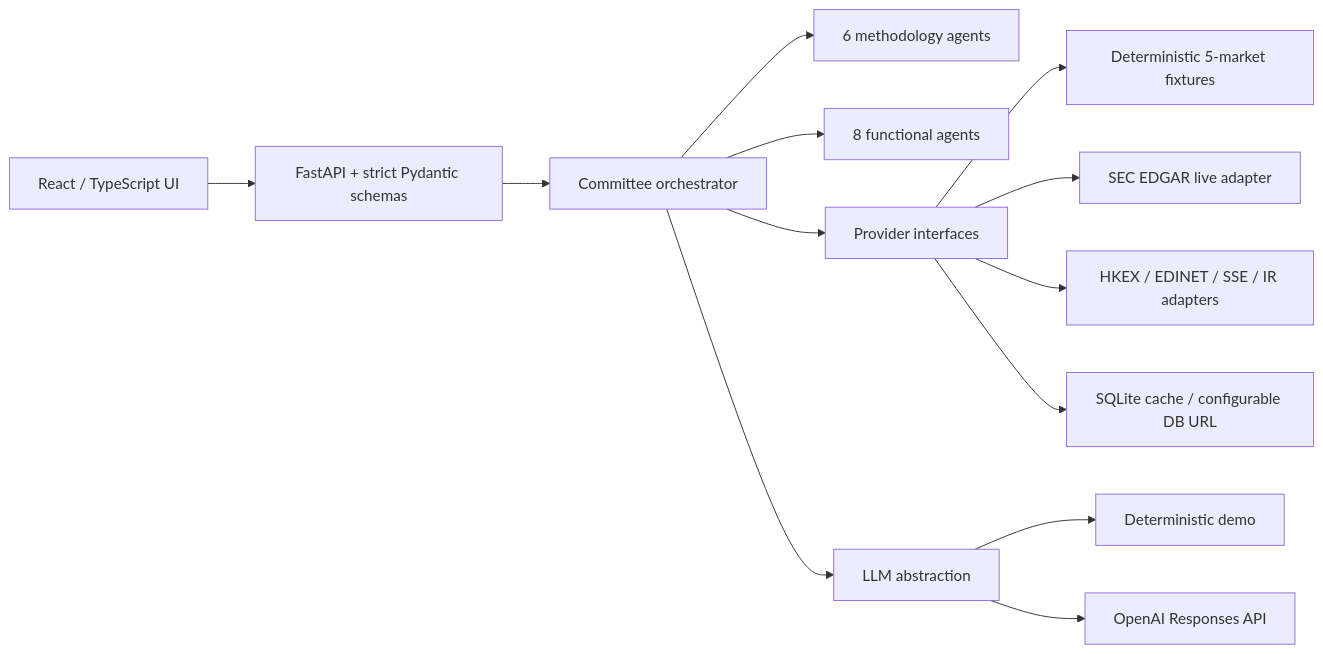
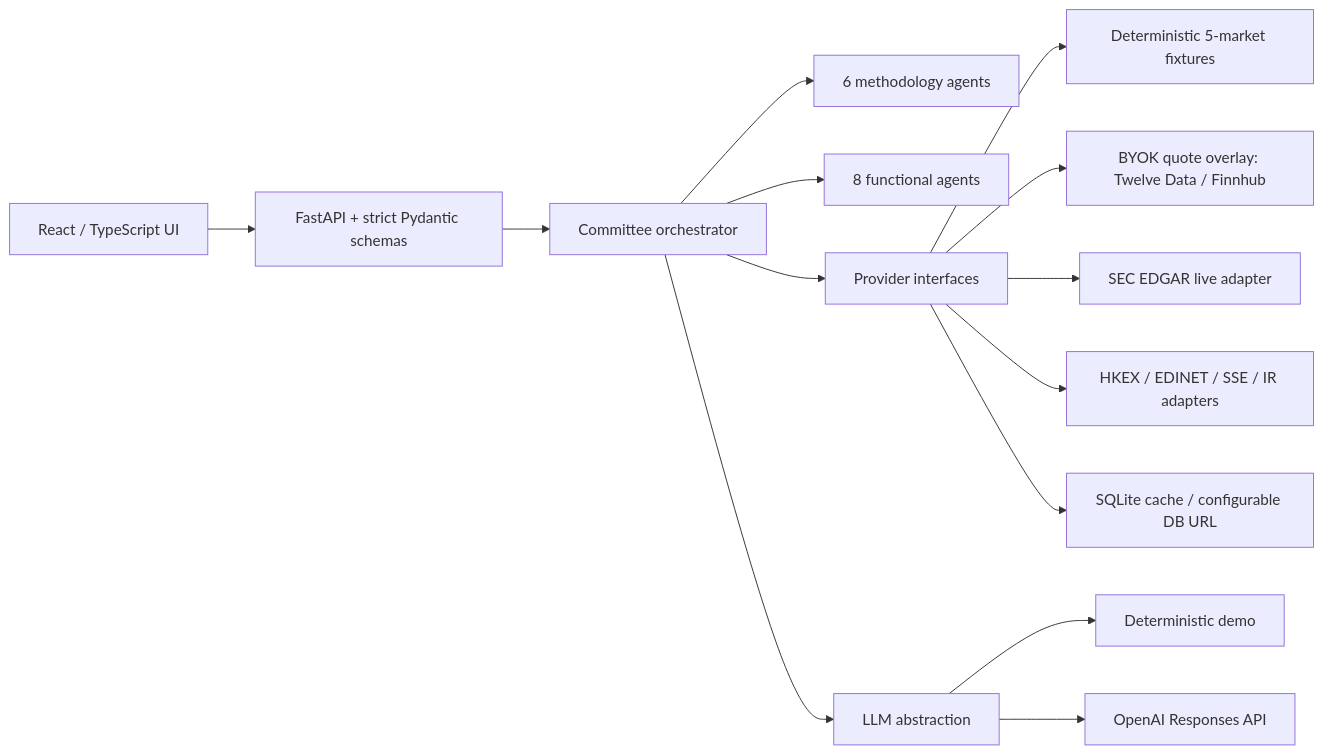
The diagram in README.md (jinxiaxi-ai/global-equity-council), drawn with Mermaid before and after one commit. The commit also changed other lines of this file and 7 other files, not shown here.

Commit message:
feat: add byok market data providers

````diff
--- a/README.md
+++ b/README.md
@@ -91,15 +119,16 @@
 ```mermaid
 flowchart LR
     UI["React / TypeScript UI"] --> API["FastAPI + strict Pydantic schemas"]
     API --> Council["Committee orchestrator"]
     Council --> Persona["6 methodology agents"]
     Council --> Functional["8 functional agents"]
     Council --> Providers["Provider interfaces"]
     Providers --> Fixture["Deterministic 5-market fixtures"]
+    Providers --> BYOK["BYOK quote overlay: Twelve Data / Finnhub"]
     Providers --> SEC["SEC EDGAR live adapter"]
     Providers --> Future["HKEX / EDINET / SSE / IR adapters"]
     Council --> LLM["LLM abstraction"]
     LLM --> Demo["Deterministic demo"]
     LLM --> OpenAI["OpenAI Responses API"]
     Providers --> Cache["SQLite cache / configurable DB URL"]
 ```
````
